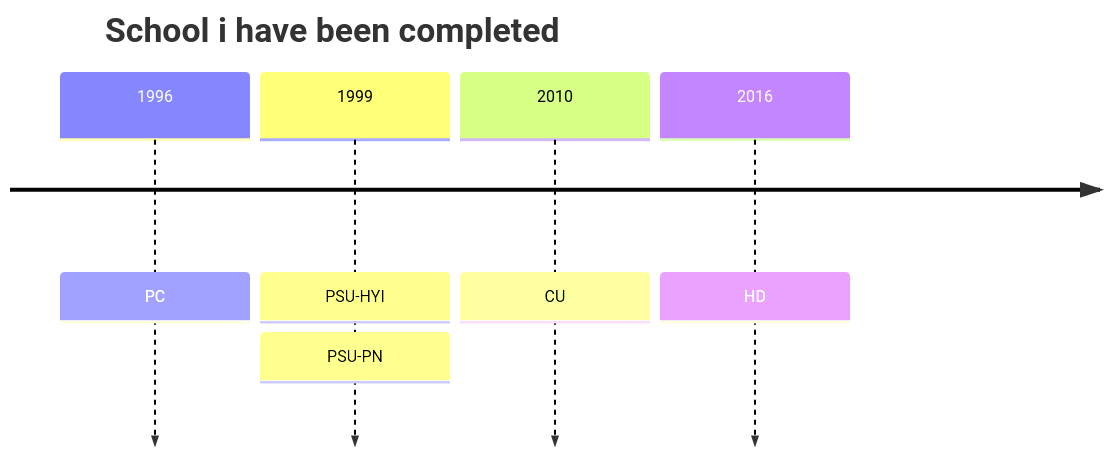
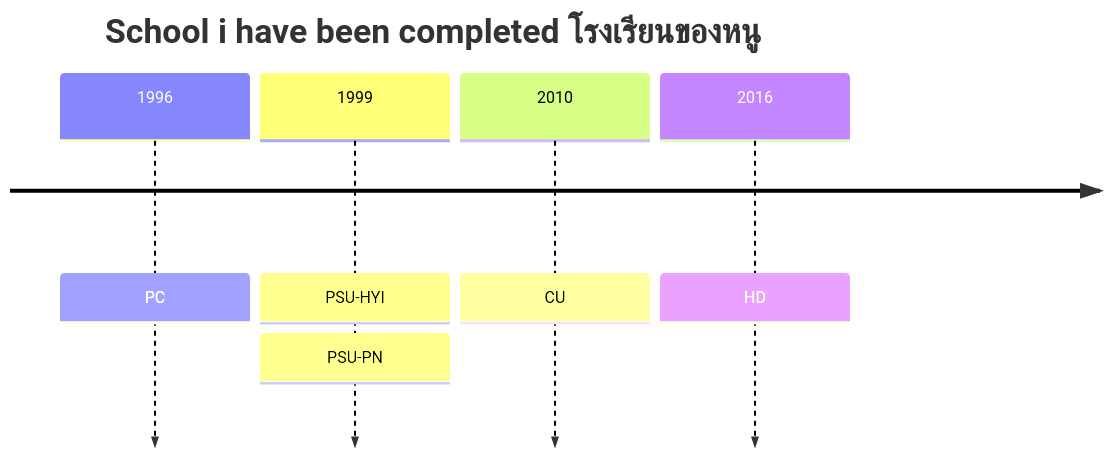
One commit to RattanArt/Model changed the third of 3 diagrams in readmeA.md. Above: the diagram before and after it, drawn with Mermaid. The commit also changed other lines of this file, not shown here.

````diff
--- a/readmeA.md
+++ b/readmeA.md
@@ -44,9 +44,9 @@
 ```mermaid
 timeline
-    title School i have been completed
+    title School i have been completed โรงเรียนของหนู
     1996 : PC
     1999 : PSU-HYI
          : PSU-PN
     2010 : CU
     2016 : HD
 ```
````
